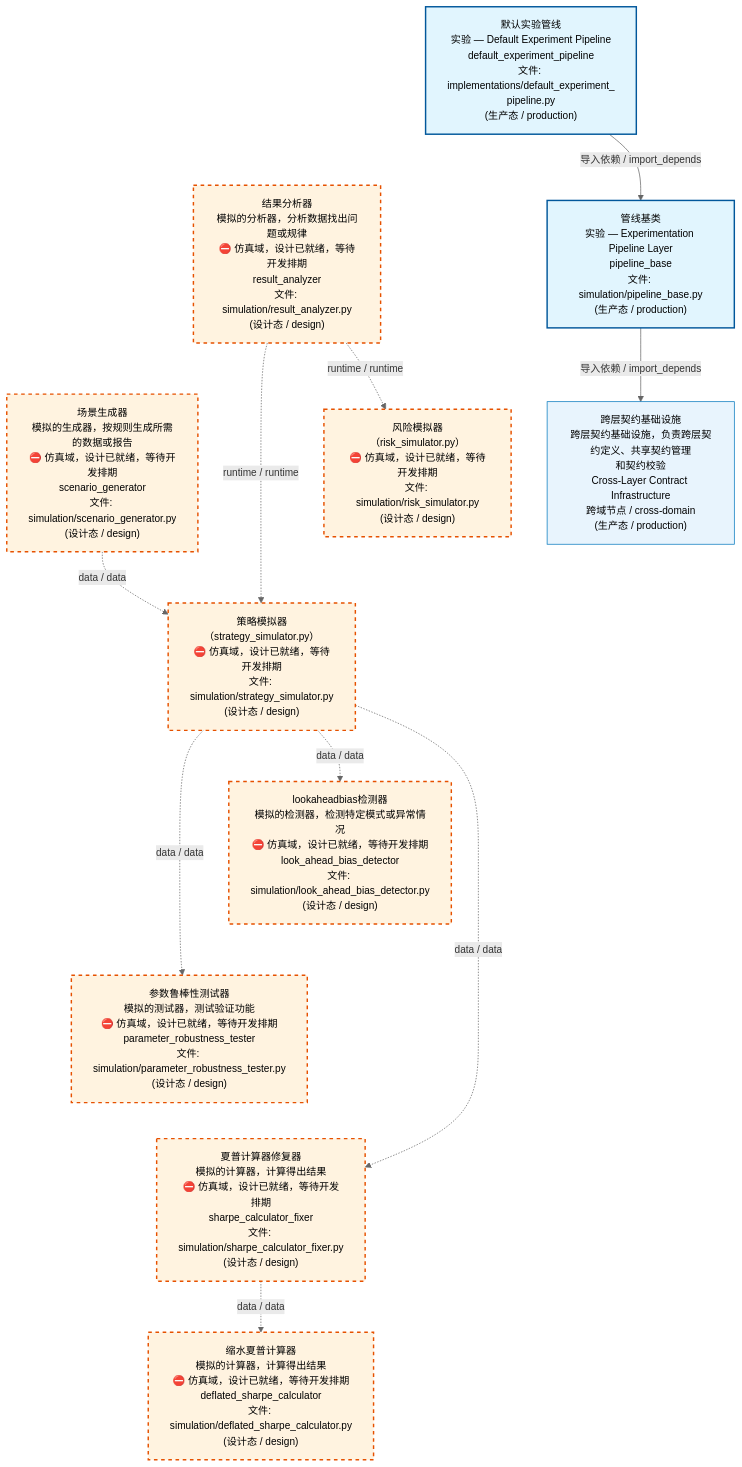
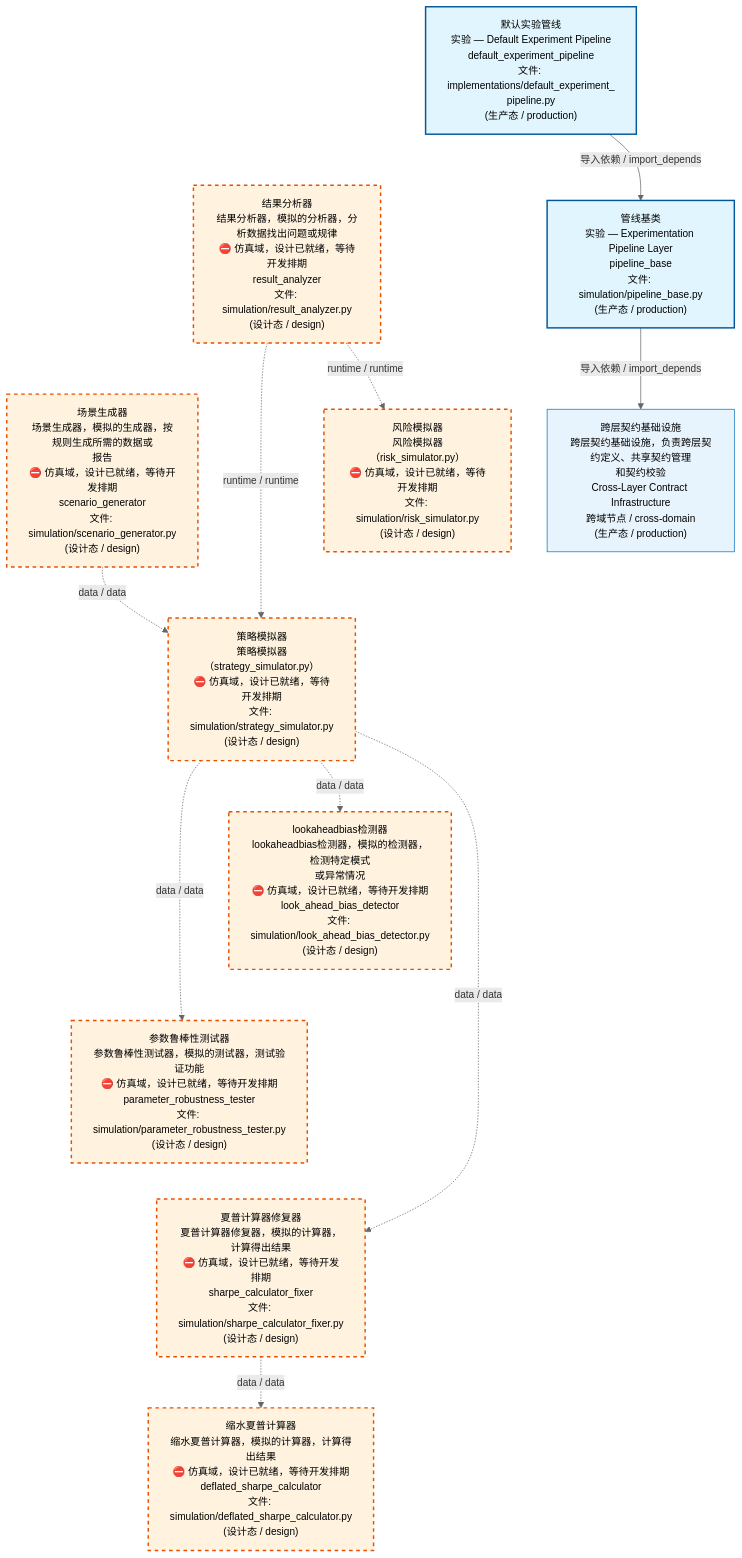
Before and after one commit to xuanFelixVan/ZephyrAlpha: the first of 4 diagrams in docs/02_enterprise_architecture/02_domain_architecture_docs/70_d_simulation.md, drawn with Mermaid. The commit also changed other lines of this file and 63 other files, not shown here.

````diff
--- a/docs/02_enterprise_architecture/02_domain_architecture_docs/70_d_simulation.md
+++ b/docs/02_enterprise_architecture/02_domain_architecture_docs/70_d_simulation.md
@@ -53,37 +53,37 @@
 ```mermaid
 %%{init: {'theme': 'base', 'themeVariables': {'primaryColor': '#eaeaea', 'primaryTextColor': '#333333', 'primaryBorderColor': '#666666', 'lineColor': '#666666', 'secondaryColor': '#eaeaea', 'tertiaryColor': '#eaeaea', 'fontSize': '14px'}}}%%
 flowchart TD
     src_zephyr_simulation_implementations_default_experiment_pipeline_py["默认实验管线<br/>实验 — Default Experiment Pipeline<br/>default_experiment_pipeline<br/>文件: implementations/default_experiment_<br/>pipeline.py<br/>(生产态 / production)"]
-    src_zephyr_simulation_result_analyzer_py["结果分析器<br/>模拟的分析器，分析数据找出问题或规律<br/>⛔ 仿真域，设计已就绪，等待开发排期<br/>result_analyzer<br/>文件: simulation/result_analyzer.py<br/>(设计态 / design)"]
-    src_zephyr_simulation_scenario_generator_py["场景生成器<br/>模拟的生成器，按规则生成所需的数据或报告<br/>⛔ 仿真域，设计已就绪，等待开发排期<br/>scenario_generator<br/>文件: simulation/scenario_generator.py<br/>(设计态 / design)"]
+    src_zephyr_simulation_result_analyzer_py["结果分析器<br/>结果分析器，模拟的分析器，分析数据找出问题或规律<br/>⛔ 仿真域，设计已就绪，等待开发排期<br/>result_analyzer<br/>文件: simulation/result_analyzer.py<br/>(设计态 / design)"]
+    src_zephyr_simulation_scenario_generator_py["场景生成器<br/>场景生成器，模拟的生成器，按规则生成所需的数据或<br/>报告<br/>⛔ 仿真域，设计已就绪，等待开发排期<br/>scenario_generator<br/>文件: simulation/scenario_generator.py<br/>(设计态 / design)"]
     src_zephyr_simulation_implementations_default_experiment_pipeline_py ~~~ src_zephyr_simulation_result_analyzer_py
     src_zephyr_simulation_result_analyzer_py ~~~ src_zephyr_simulation_scenario_generator_py
     src_zephyr_simulation_pipeline_base_py["管线基类<br/>实验 — Experimentation Pipeline Layer<br/>pipeline_base<br/>文件: simulation/pipeline_base.py<br/>(生产态 / production)"]
-    src_zephyr_simulation_risk_simulator_py["风险模拟器<br/>（risk_simulator.py）<br/>⛔ 仿真域，设计已就绪，等待开发排期<br/>文件: simulation/risk_simulator.py<br/>(设计态 / design)"]
-    src_zephyr_simulation_strategy_simulator_py["策略模拟器<br/>（strategy_simulator.py）<br/>⛔ 仿真域，设计已就绪，等待开发排期<br/>文件: simulation/strategy_simulator.py<br/>(设计态 / design)"]
+    src_zephyr_simulation_risk_simulator_py["风险模拟器<br/>风险模拟器（risk_simulator.py）<br/>⛔ 仿真域，设计已就绪，等待开发排期<br/>文件: simulation/risk_simulator.py<br/>(设计态 / design)"]
+    src_zephyr_simulation_strategy_simulator_py["策略模拟器<br/>策略模拟器（strategy_simulator.py）<br/>⛔ 仿真域，设计已就绪，等待开发排期<br/>文件: simulation/strategy_simulator.py<br/>(设计态 / design)"]
     src_zephyr_simulation_pipeline_base_py ~~~ src_zephyr_simulation_risk_simulator_py
     src_zephyr_simulation_risk_simulator_py ~~~ src_zephyr_simulation_strategy_simulator_py
-    src_zephyr_simulation_look_ahead_bias_detector_py["lookaheadbias检测器<br/>模拟的检测器，检测特定模式或异常情况<br/>⛔ 仿真域，设计已就绪，等待开发排期<br/>look_ahead_bias_detector<br/>文件: simulation/look_ahead_bias_detector.py<br/>(设计态 / design)"]
-    src_zephyr_simulation_parameter_robustness_tester_py["参数鲁棒性测试器<br/>模拟的测试器，测试验证功能<br/>⛔ 仿真域，设计已就绪，等待开发排期<br/>parameter_robustness_tester<br/>文件: simulation/parameter_robustness_tester.py<br/>(设计态 / design)"]
-    src_zephyr_simulation_sharpe_calculator_fixer_py["夏普计算器修复器<br/>模拟的计算器，计算得出结果<br/>⛔ 仿真域，设计已就绪，等待开发排期<br/>sharpe_calculator_fixer<br/>文件: simulation/sharpe_calculator_fixer.py<br/>(设计态 / design)"]
+    src_zephyr_simulation_look_ahead_bias_detector_py["lookaheadbias检测器<br/>lookaheadbias检测器，模拟的检测器，检测特定模式<br/>或异常情况<br/>⛔ 仿真域，设计已就绪，等待开发排期<br/>look_ahead_bias_detector<br/>文件: simulation/look_ahead_bias_detector.py<br/>(设计态 / design)"]
+    src_zephyr_simulation_parameter_robustness_tester_py["参数鲁棒性测试器<br/>参数鲁棒性测试器，模拟的测试器，测试验证功能<br/>⛔ 仿真域，设计已就绪，等待开发排期<br/>parameter_robustness_tester<br/>文件: simulation/parameter_robustness_tester.py<br/>(设计态 / design)"]
+    src_zephyr_simulation_sharpe_calculator_fixer_py["夏普计算器修复器<br/>夏普计算器修复器，模拟的计算器，计算得出结果<br/>⛔ 仿真域，设计已就绪，等待开发排期<br/>sharpe_calculator_fixer<br/>文件: simulation/sharpe_calculator_fixer.py<br/>(设计态 / design)"]
     src_zephyr_simulation_look_ahead_bias_detector_py ~~~ src_zephyr_simulation_parameter_robustness_tester_py
     src_zephyr_simulation_parameter_robustness_tester_py ~~~ src_zephyr_simulation_sharpe_calculator_fixer_py
-    src_zephyr_simulation_deflated_sharpe_calculator_py["缩水夏普计算器<br/>模拟的计算器，计算得出结果<br/>⛔ 仿真域，设计已就绪，等待开发排期<br/>deflated_sharpe_calculator<br/>文件: simulation/deflated_sharpe_calculator.py<br/>(设计态 / design)"]
+    src_zephyr_simulation_deflated_sharpe_calculator_py["缩水夏普计算器<br/>缩水夏普计算器，模拟的计算器，计算得出结果<br/>⛔ 仿真域，设计已就绪，等待开发排期<br/>deflated_sharpe_calculator<br/>文件: simulation/deflated_sharpe_calculator.py<br/>(设计态 / design)"]
     src_zephyr_simulation_strategy_simulator_py -.->|data / data| src_zephyr_simulation_parameter_robustness_tester_py
     src_zephyr_simulation_strategy_simulator_py -.->|data / data| src_zephyr_simulation_look_ahead_bias_detector_py
     src_zephyr_simulation_strategy_simulator_py -.->|data / data| src_zephyr_simulation_sharpe_calculator_fixer_py
     src_zephyr_simulation_scenario_generator_py -.->|data / data| src_zephyr_simulation_strategy_simulator_py
     src_zephyr_simulation_result_analyzer_py -.->|runtime / runtime| src_zephyr_simulation_strategy_simulator_py
     src_zephyr_simulation_result_analyzer_py -.->|runtime / runtime| src_zephyr_simulation_risk_simulator_py
     src_zephyr_simulation_sharpe_calculator_fixer_py -.->|data / data| src_zephyr_simulation_deflated_sharpe_calculator_py
     src_zephyr_simulation_implementations_default_experiment_pipeline_py -->|导入依赖 / import_depends| src_zephyr_simulation_pipeline_base_py
     D_INFRASTRUCTURE["跨层契约基础设施<br/>跨层契约基础设施，负责跨层契约定义、共享契约管理<br/>和契约校验<br/>Cross-Layer Contract Infrastructure<br/>跨域节点 / cross-domain<br/>(生产态 / production)"]
     src_zephyr_simulation_pipeline_base_py -->|导入依赖 / import_depends| D_INFRASTRUCTURE
     classDef production fill:#e1f5fe,stroke:#01579b,stroke-width:2px,color:#000
     classDef design fill:#fff3e0,stroke:#e65100,stroke-width:2px,color:#000,stroke-dasharray: 5 5
     classDef external_prod fill:#e8f4fd,stroke:#0277bd,stroke-width:1px,color:#000
     classDef external_design fill:#fff8e7,stroke:#ef6c00,stroke-width:1px,color:#000,stroke-dasharray: 5 5
     class src_zephyr_simulation_implementations_default_experiment_pipeline_py,src_zephyr_simulation_pipeline_base_py production
     class src_zephyr_simulation_deflated_sharpe_calculator_py,src_zephyr_simulation_look_ahead_bias_detector_py,src_zephyr_simulation_parameter_robustness_tester_py,src_zephyr_simulation_result_analyzer_py,src_zephyr_simulation_risk_simulator_py,src_zephyr_simulation_scenario_generator_py,src_zephyr_simulation_sharpe_calculator_fixer_py,src_zephyr_simulation_strategy_simulator_py design
     class D_INFRASTRUCTURE external_prod
 ```
````
